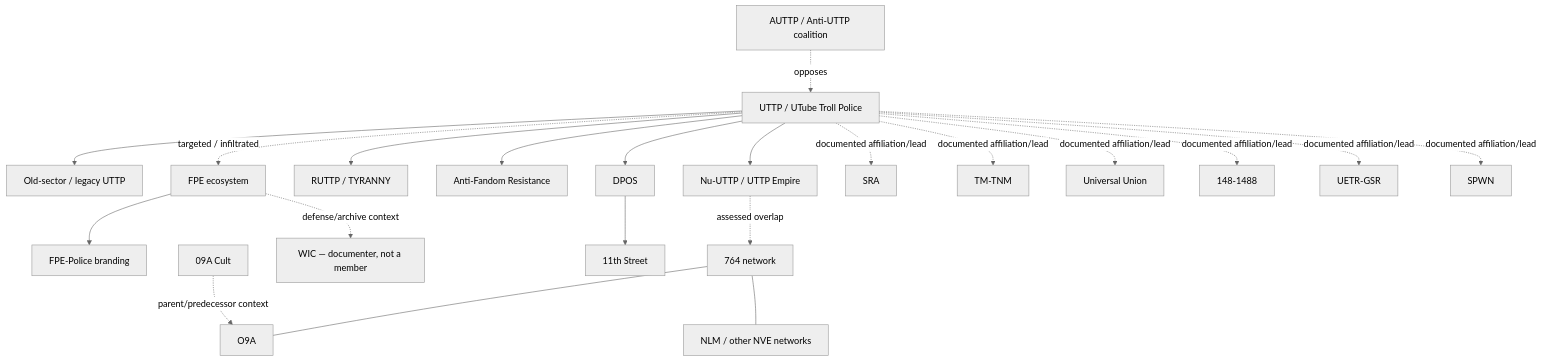
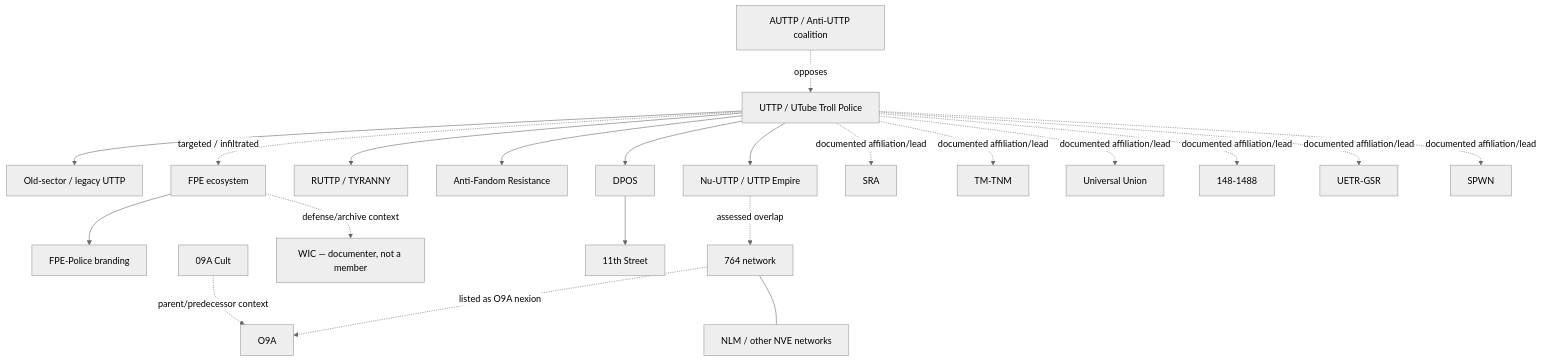
One commit to AnonCatalyst/UTTP changed the diagram in 00_READ_FIRST/ENTITY_MAP.md. Above: the diagram before and after it, drawn with Mermaid (neutral theme). The commit also changed other lines of this file and 33 other files, not shown here.

````diff
--- a/00_READ_FIRST/ENTITY_MAP.md
+++ b/00_READ_FIRST/ENTITY_MAP.md
@@ -7,45 +7,45 @@
 ```mermaid
 graph TD
   UTTP[UTTP / UTube Troll Police]
   OLD[Old-sector / legacy UTTP]
   NU[Nu-UTTP / UTTP Empire]
   RUTTP[RUTTP / TYRANNY]
   AFR[Anti-Fandom Resistance]
   DPOS[DPOS]
   FPE[FPE ecosystem]
   FPEB[FPE-Police branding]
   AUTTP[AUTTP / Anti-UTTP coalition]
   N764[764 network]
   O9A[O9A]
   NLM[NLM / other NVE networks]
   WIC[WIC — documenter, not a member]
   SRA[SRA]
   TM[TM-TNM]
   UU[Universal Union]
   G148[148-1488]
   ENCL[UETR-GSR]
   SPWN[SPWN]
   E11[11th Street]
   C09A[09A Cult]
 
   UTTP --> OLD
   UTTP --> NU
   UTTP --> RUTTP
   UTTP --> AFR
   UTTP --> DPOS
   NU -. assessed overlap .-> N764
-  N764 --- O9A
+  N764 -. listed as O9A nexion .-> O9A
   N764 --- NLM
   UTTP -. targeted / infiltrated .-> FPE
   FPE --> FPEB
   FPE -. defense/archive context .-> WIC
   AUTTP -. opposes .-> UTTP
   UTTP -. documented affiliation/lead .-> SRA
   UTTP -. documented affiliation/lead .-> TM
   UTTP -. documented affiliation/lead .-> UU
   UTTP -. documented affiliation/lead .-> G148
   UTTP -. documented affiliation/lead .-> ENCL
   UTTP -. documented affiliation/lead .-> SPWN
   DPOS --> E11
   C09A -. parent/predecessor context .-> O9A
 ```
````
